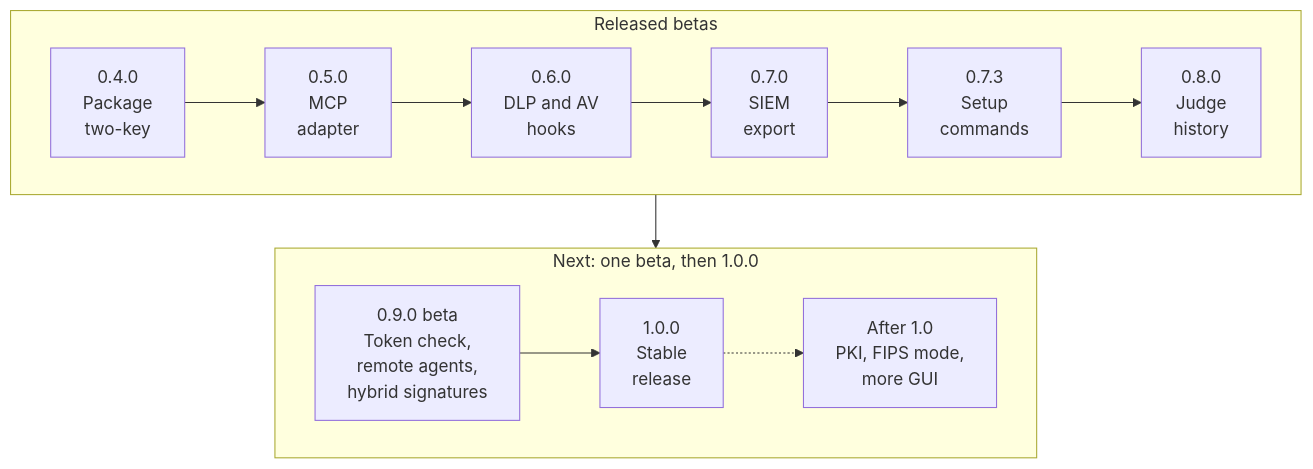
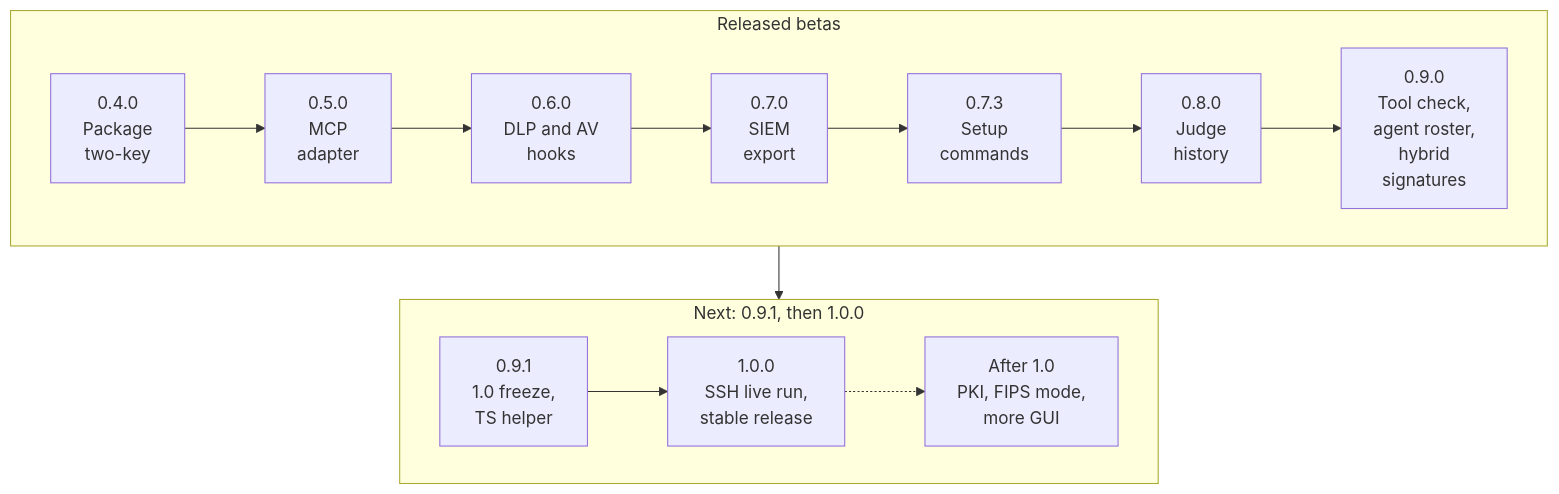
The fourth of 4 diagrams in README.md (Insomniac-VibeLabs/two-key), drawn with Mermaid before and after one commit. The commit also changed other lines of this file and 1 other file, not shown here.

First line of the commit message:
README and ROADMAP: 0.9.0 released with what it ships; the SSH live run is required before 1.0.0 and the 1.0 freeze moves to 0.9.1 (decision 2026-11-05)

````diff
--- a/README.md
+++ b/README.md
@@ -657,12 +658,12 @@
 ```mermaid
 flowchart TD
   subgraph done["Released betas"]
     direction LR
-    r04["0.4.0<br/>Package<br/>two-key"] --> r05["0.5.0<br/>MCP<br/>adapter"] --> r06["0.6.0<br/>DLP and AV<br/>hooks"] --> r07["0.7.0<br/>SIEM<br/>export"] --> r073["0.7.3<br/>Setup<br/>commands"] --> r08["0.8.0<br/>Judge<br/>history"]
+    r04["0.4.0<br/>Package<br/>two-key"] --> r05["0.5.0<br/>MCP<br/>adapter"] --> r06["0.6.0<br/>DLP and AV<br/>hooks"] --> r07["0.7.0<br/>SIEM<br/>export"] --> r073["0.7.3<br/>Setup<br/>commands"] --> r08["0.8.0<br/>Judge<br/>history"] --> r09["0.9.0<br/>Tool check,<br/>agent roster,<br/>hybrid<br/>signatures"]
   end
-  subgraph next["Next: one beta, then 1.0.0"]
+  subgraph next["Next: 0.9.1, then 1.0.0"]
     direction LR
-    r09["0.9.0 beta<br/>Token check,<br/>remote agents,<br/>hybrid signatures"] --> r10["1.0.0<br/>Stable<br/>release"] -.-> after["After 1.0<br/>PKI, FIPS mode,<br/>more GUI"]
+    r091["0.9.1<br/>1.0 freeze,<br/>TS helper"] --> r10["1.0.0<br/>SSH live run,<br/>stable release"] -.-> after["After 1.0<br/>PKI, FIPS mode,<br/>more GUI"]
   end
   done --> next
 ```
````
